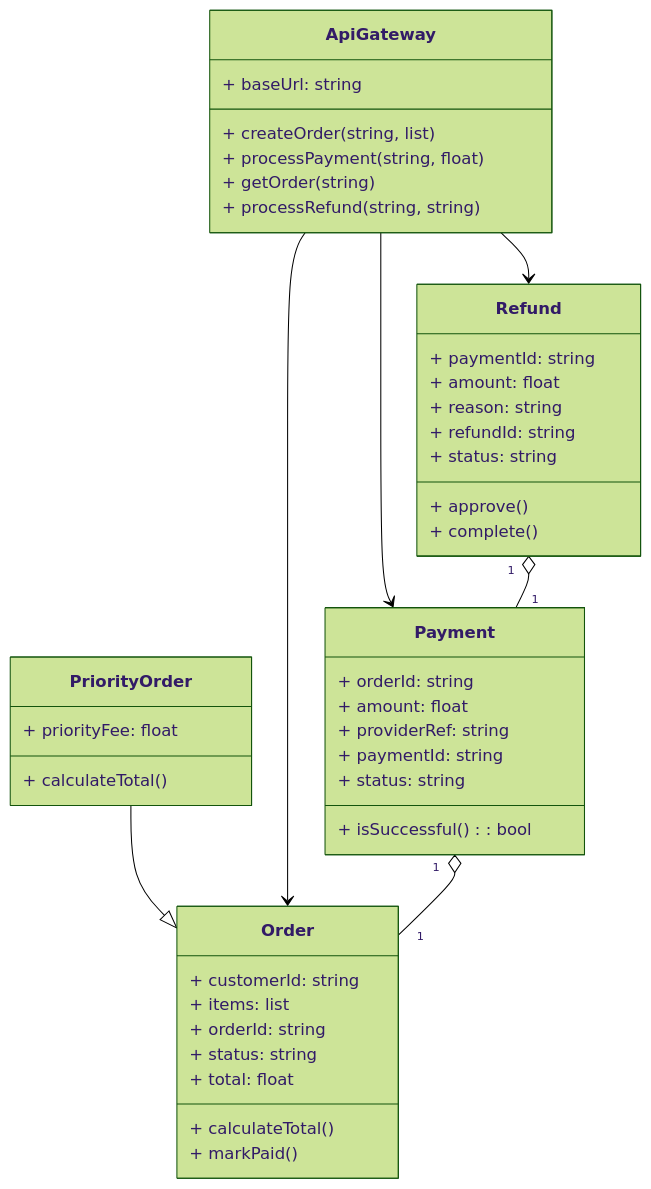
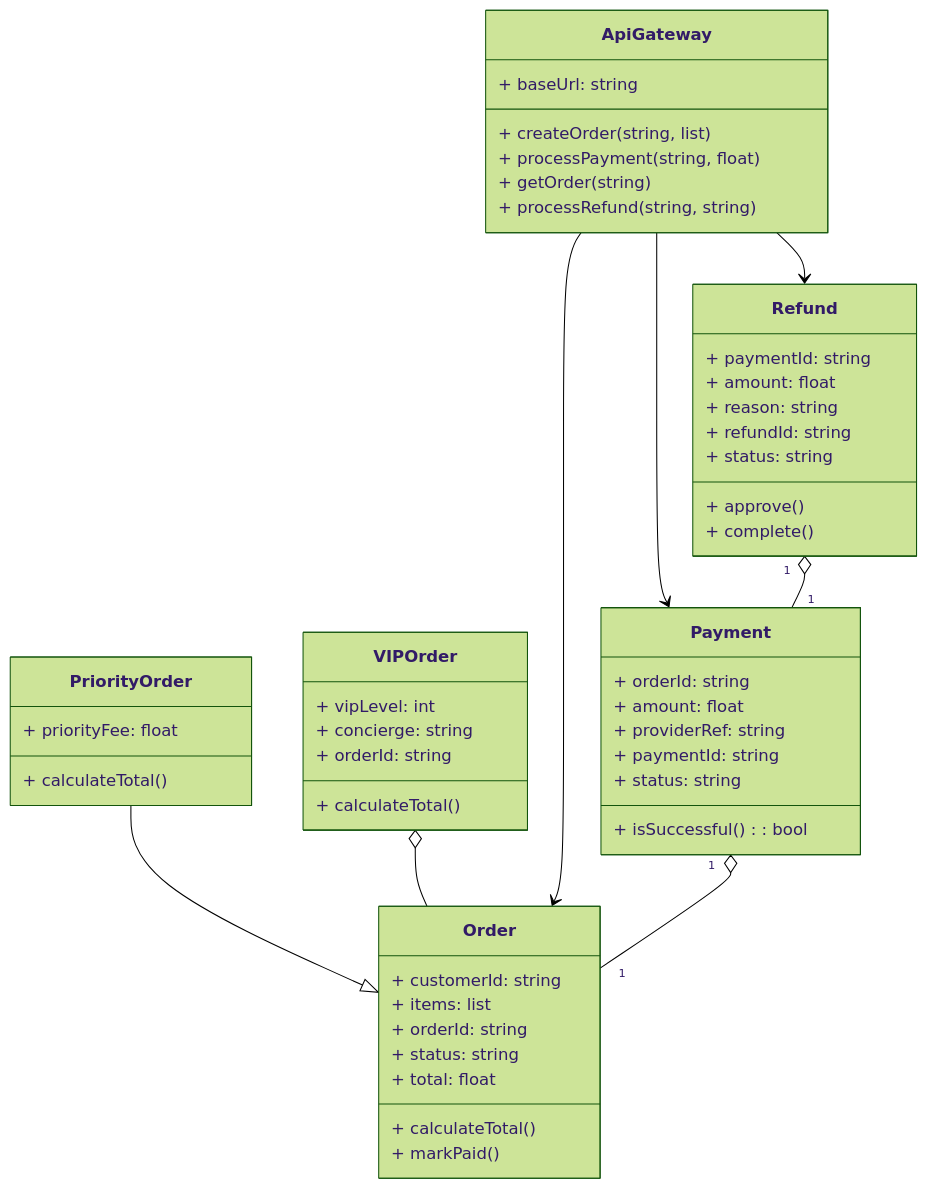
The diagram in docs/architecture/uml_domain_model.md (matzatezalo/local_arcbot_testing), drawn with Mermaid (forest theme) before and after one commit. The commit also changed other lines of this file, not shown here.

Commit message:
feat: Generated architecture diagrams

````diff
--- a/docs/architecture/uml_domain_model.md
+++ b/docs/architecture/uml_domain_model.md
@@ -9,47 +9,53 @@
 ```mermaid
 classDiagram
     class ApiGateway {
         + baseUrl: string
         + createOrder(string, list)
         + processPayment(string, float)
         + getOrder(string)
         + processRefund(string, string)
     }
     class Order {
         + customerId: string
         + items: list
         + orderId: string
         + status: string
         + total: float
         + calculateTotal()
         + markPaid()
     }
     class PriorityOrder {
         + priorityFee: float
         + calculateTotal()
     }
+    class VIPOrder {
+        + vipLevel: int
+        + concierge: string
+        + orderId: string
+        + calculateTotal()
+    }
     class Payment {
         + orderId: string
         + amount: float
         + providerRef: string
         + paymentId: string
         + status: string
         + isSuccessful(): bool
     }
     class Refund {
         + paymentId: string
         + amount: float
         + reason: string
         + refundId: string
         + status: string
         + approve()
         + complete()
     }
-
     PriorityOrder --|> Order
+    VIPOrder o-- Order
     ApiGateway --> Order
     ApiGateway --> Payment
     ApiGateway --> Refund
     Payment "1" o-- "1" Order
     Refund "1" o-- "1" Payment
 ```
````
